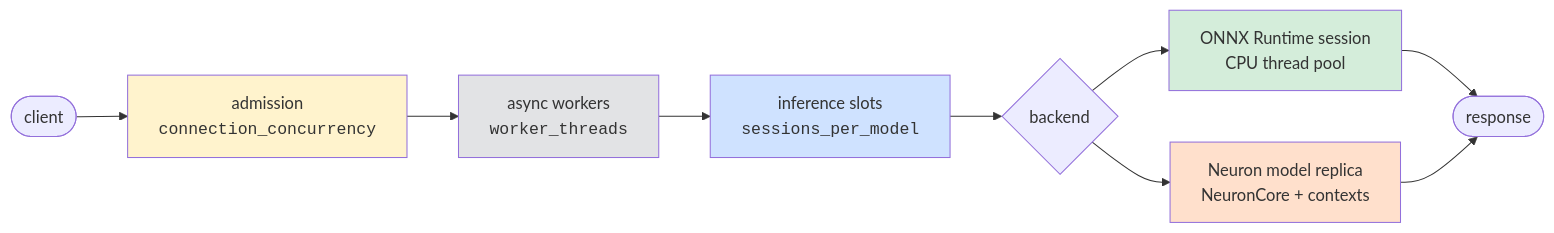
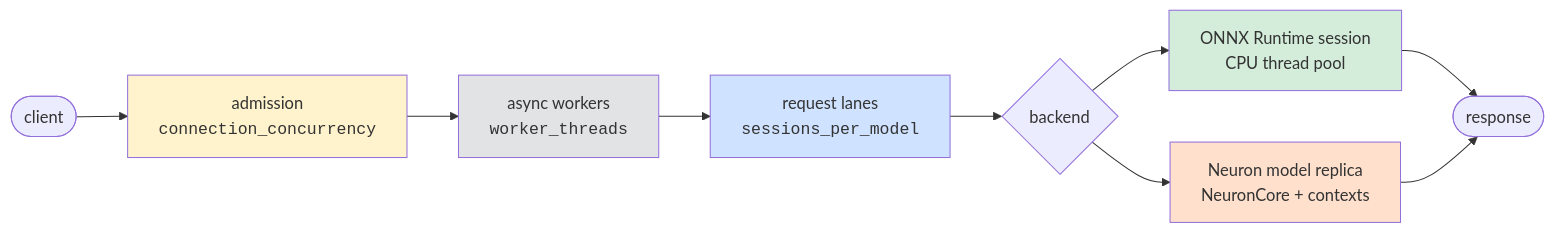
One commit to PratikBarhate/hushar changed the first of 7 diagrams in documentation/threads-and-cores.md. Above: the diagram before and after it, drawn with Mermaid. The commit also changed other lines of this file and 4598 other files, not shown here.

````diff
--- a/documentation/threads-and-cores.md
+++ b/documentation/threads-and-cores.md
@@ -13,16 +13,16 @@
 ```mermaid
 flowchart LR
   client([client]) --> door["admission<br/><code>connection_concurrency</code>"]
   door --> async["async workers<br/><code>worker_threads</code>"]
-  async --> slots["inference slots<br/><code>sessions_per_model</code>"]
+  async --> slots["request lanes<br/><code>sessions_per_model</code>"]
   slots --> backend{backend}
   backend --> ort["ONNX Runtime session<br/>CPU thread pool"]
   backend --> neuron["Neuron model replica<br/>NeuronCore + contexts"]
   ort --> response([response])
   neuron --> response
   style door fill:#fff3cd
   style async fill:#e2e3e5
   style slots fill:#cfe2ff
   style ort fill:#d4edda
   style neuron fill:#ffe0cc
 ```
````
